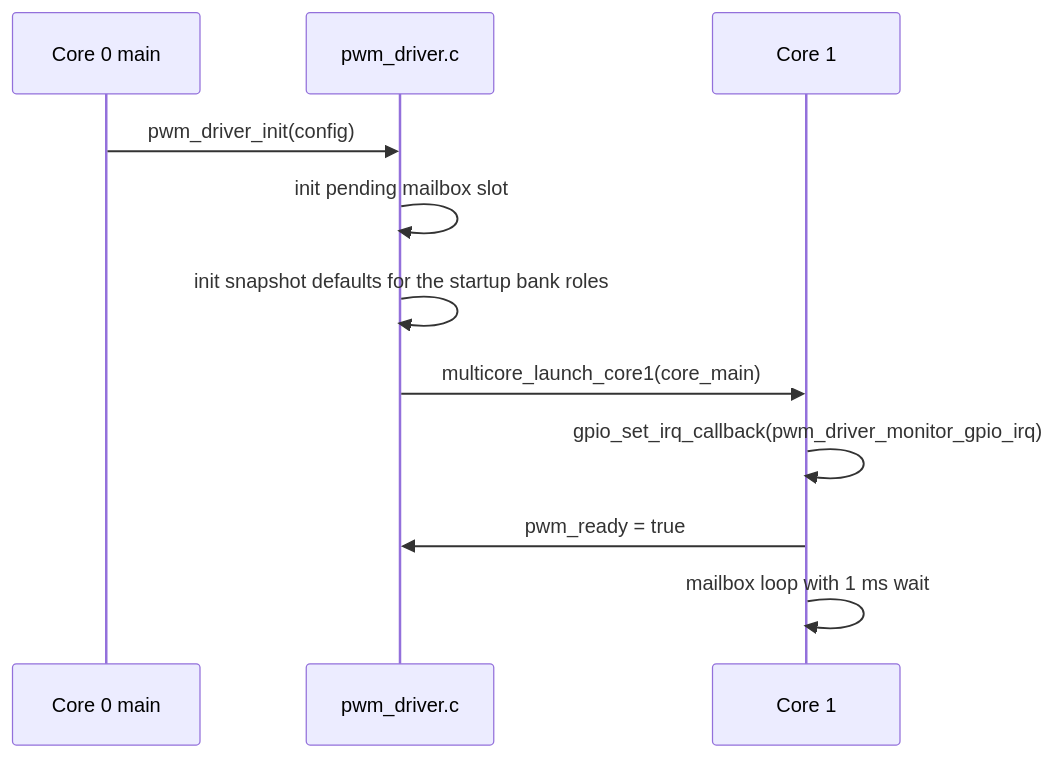
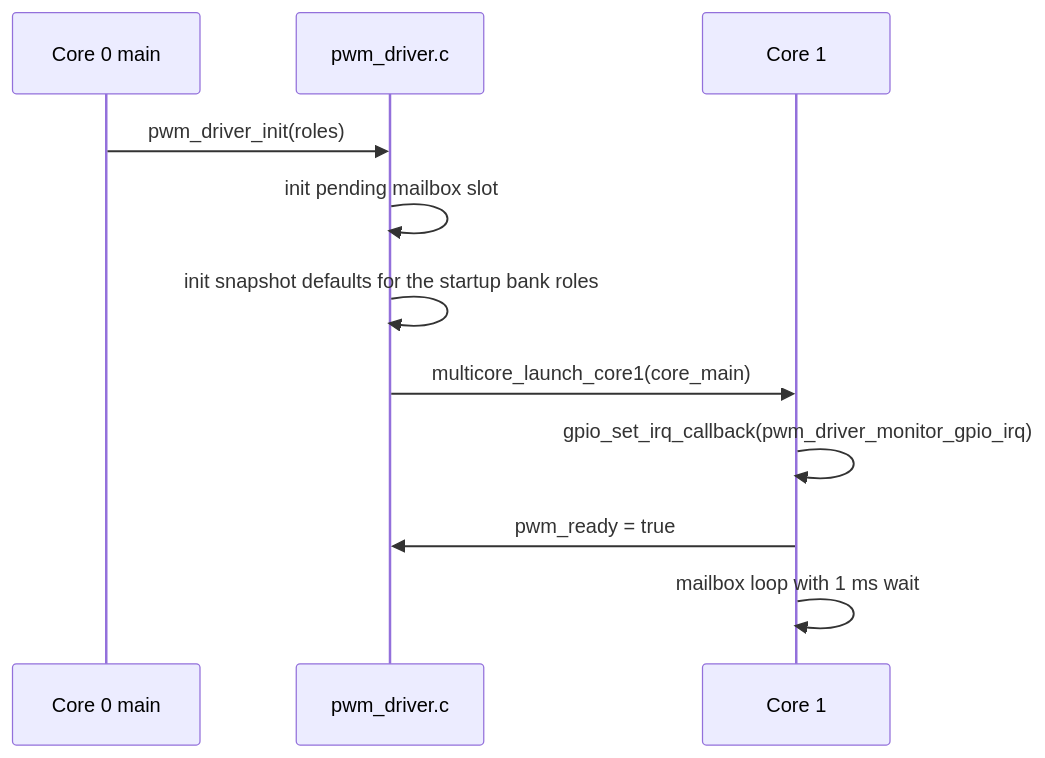
The third of 8 diagrams in docs/design/pwm_driver_design.md (djwinter29-oss/PicoPWM), drawn with Mermaid before and after one commit. The commit also changed other lines of this file and 40 other files, not shown here.

````diff
--- a/docs/design/pwm_driver_design.md
+++ b/docs/design/pwm_driver_design.md
@@ -286,14 +284,14 @@
 ```mermaid
 sequenceDiagram
     participant C0 as Core 0 main
     participant WR as pwm_driver.c
     participant C1 as Core 1
 
-    C0->>WR: pwm_driver_init(config)
+    C0->>WR: pwm_driver_init(roles)
     WR->>WR: init pending mailbox slot
     WR->>WR: init snapshot defaults for the startup bank roles
     WR->>C1: multicore_launch_core1(core_main)
     C1->>C1: gpio_set_irq_callback(pwm_driver_monitor_gpio_irq)
     C1->>WR: pwm_ready = true
     C1->>C1: mailbox loop with 1 ms wait
 ```
````
